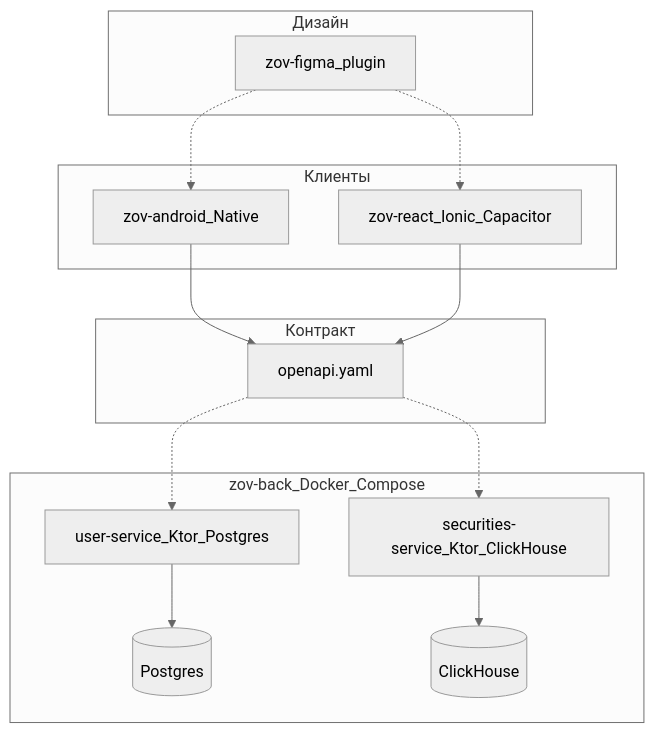
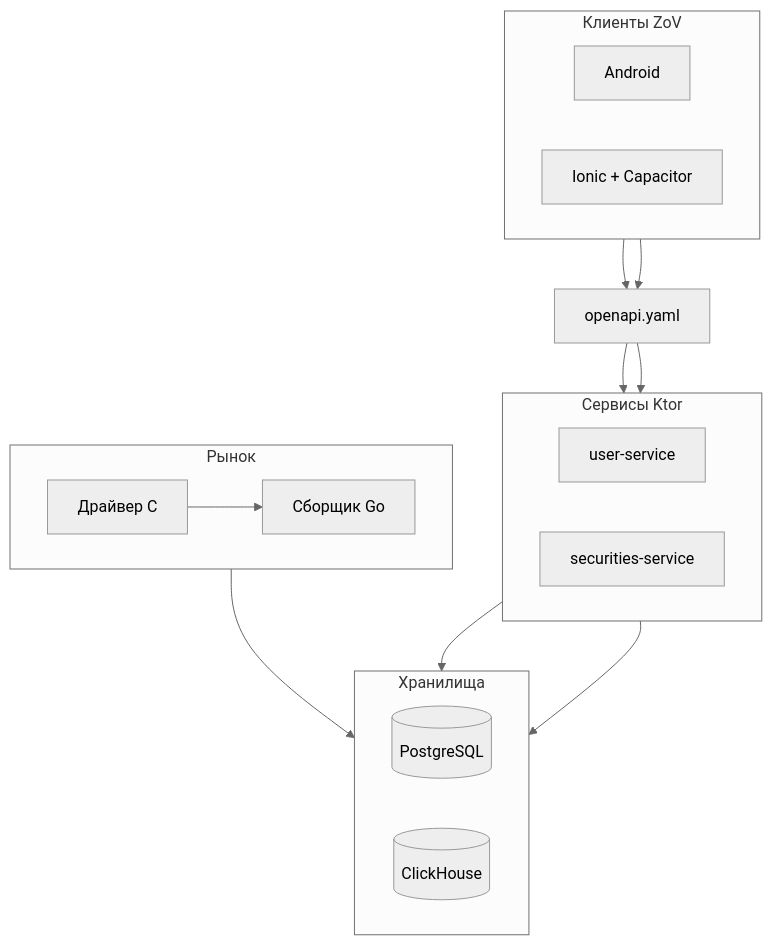
Before and after one commit to arekalov/zov-deneg: the first of 3 diagrams in zov-preza/slides.md, drawn with Mermaid (neutral theme). The commit also changed other lines of this file and 7 other files, not shown here.

````diff
--- a/zov-preza/slides.md
+++ b/zov-preza/slides.md
@@ -78,27 +145,31 @@
-```mermaid {theme: 'neutral', scale: 0.85}
+```mermaid {scale: 0.78}
 flowchart TB
-  subgraph clients [Клиенты]
-    Android[zov-android_Native]
-    Ionic[zov-react_Ionic_Capacitor]
+  subgraph clients [Клиенты ZoV]
+    direction LR
+    And[Android]
+    Ion[Ionic + Capacitor]
   end
-  subgraph contract [Контракт]
-    OpenAPI[openapi.yaml]
+  Contract[openapi.yaml]
+  subgraph api [Сервисы Ktor]
+    direction LR
+    Users[user-service]
+    Sec[securities-service]
   end
-  subgraph backend [zov-back_Docker_Compose]
-    UserSvc[user-service_Ktor_Postgres]
-    SecSvc[securities-service_Ktor_ClickHouse]
-    PG[(Postgres)]
+  subgraph market [Рынок]
+    direction LR
+    Driver[Драйвер C]
+    Collector[Сборщик Go]
+  end
+  subgraph storage [Хранилища]
+    direction LR
+    PG[(PostgreSQL)]
     CH[(ClickHouse)]
   end
-  subgraph design [Дизайн]
-    Figma[zov-figma_plugin]
-  end
-  Android --> OpenAPI
-  Ionic --> OpenAPI
-  OpenAPI -.-> UserSvc
-  OpenAPI -.-> SecSvc
-  UserSvc --> PG
-  SecSvc --> CH
-  Figma -.-> Android
-  Figma -.-> Ionic
+  And --> Contract
+  Ion --> Contract
+  Contract --> Users
+  Contract --> Sec
+  Users --> PG
+  Sec --> CH
+  Driver --> Collector --> CH
 ```
````
